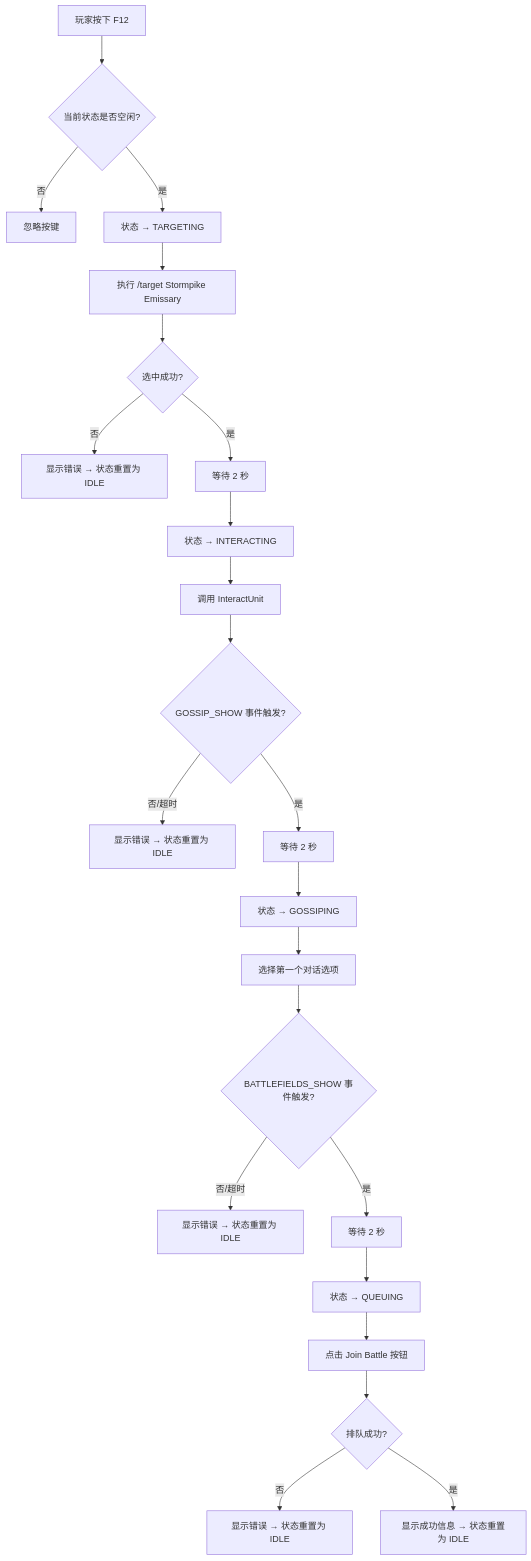
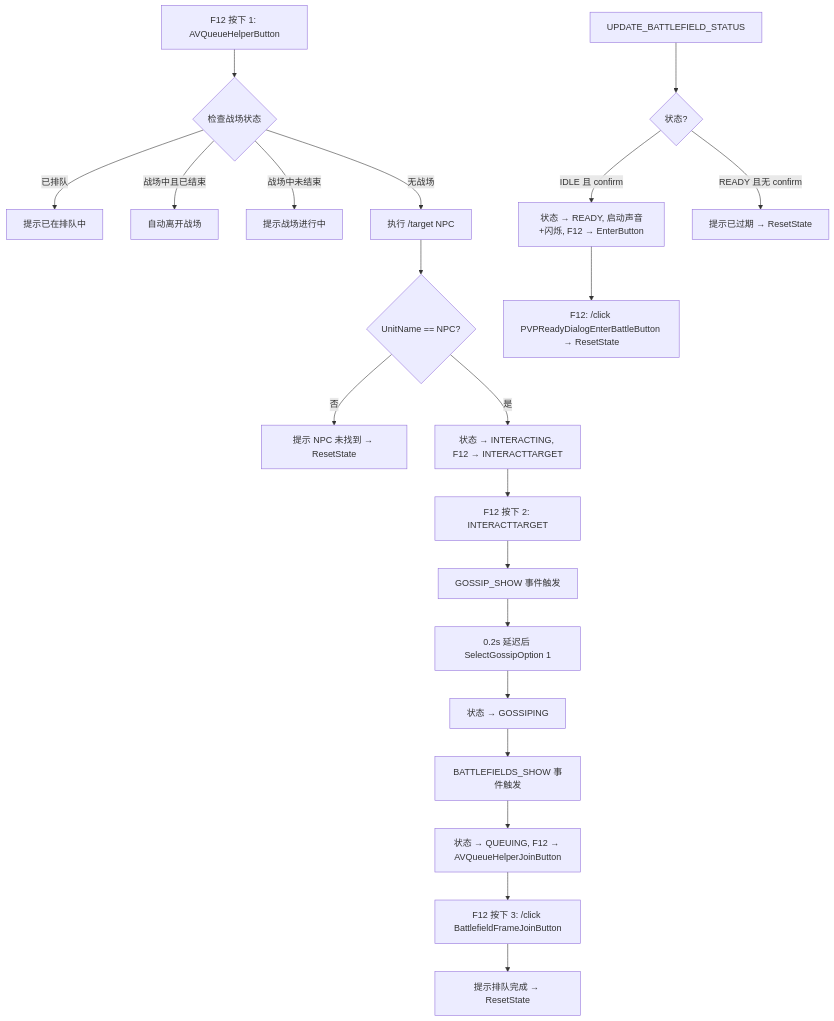
Before and after one commit to sheng-wang-i/WowAVQueueHelper: the first of 3 diagrams in .kiro/specs/wow-classic-addon/design.md, drawn with Mermaid. The commit also changed other lines of this file and 3 other files, not shown here.

````diff
--- a/.kiro/specs/wow-classic-addon/design.md
+++ b/.kiro/specs/wow-classic-addon/design.md
@@ -21,25 +24,26 @@
 ```mermaid
 flowchart TD
-    A[玩家按下 F12] --> B{当前状态是否空闲?}
-    B -->|否| Z[忽略按键]
-    B -->|是| C[状态 → TARGETING]
-    C --> D[执行 /target Stormpike Emissary]
-    D --> E{选中成功?}
-    E -->|否| ERR1[显示错误 → 状态重置为 IDLE]
-    E -->|是| F[等待 2 秒]
-    F --> G[状态 → INTERACTING]
-    G --> H[调用 InteractUnit]
-    H --> I{GOSSIP_SHOW 事件触发?}
-    I -->|否/超时| ERR2[显示错误 → 状态重置为 IDLE]
-    I -->|是| J[等待 2 秒]
-    J --> K[状态 → GOSSIPING]
-    K --> L[选择第一个对话选项]
-    L --> M{BATTLEFIELDS_SHOW 事件触发?}
-    M -->|否/超时| ERR3[显示错误 → 状态重置为 IDLE]
-    M -->|是| N[等待 2 秒]
-    N --> O[状态 → QUEUING]
-    O --> P[点击 Join Battle 按钮]
-    P --> Q{排队成功?}
-    Q -->|否| ERR4[显示错误 → 状态重置为 IDLE]
-    Q -->|是| R[显示成功信息 → 状态重置为 IDLE]
+    A[F12 按下 1: AVQueueHelperButton] --> B{检查战场状态}
+    B -->|已排队| Q1[提示已在排队中]
+    B -->|战场中且已结束| Q2[自动离开战场]
+    B -->|战场中未结束| Q3[提示战场进行中]
+    B -->|无战场| C[执行 /target NPC]
+    C --> D{UnitName == NPC?}
+    D -->|否| ERR1[提示 NPC 未找到 → ResetState]
+    D -->|是| E[状态 → INTERACTING, F12 → INTERACTTARGET]
+
+    E --> F[F12 按下 2: INTERACTTARGET]
+    F --> G[GOSSIP_SHOW 事件触发]
+    G --> H[0.2s 延迟后 SelectGossipOption 1]
+    H --> I[状态 → GOSSIPING]
+    I --> J[BATTLEFIELDS_SHOW 事件触发]
+    J --> K[状态 → QUEUING, F12 → AVQueueHelperJoinButton]
+
+    K --> L[F12 按下 3: /click BattlefieldFrameJoinButton]
+    L --> M[提示排队完成 → ResetState]
+
+    N[UPDATE_BATTLEFIELD_STATUS] --> O{状态?}
+    O -->|IDLE 且 confirm| P[状态 → READY, 启动声音+闪烁, F12 → EnterButton]
+    O -->|READY 且无 confirm| R[提示已过期 → ResetState]
+    P --> S[F12: /click PVPReadyDialogEnterBattleButton → ResetState]
 ```
````
